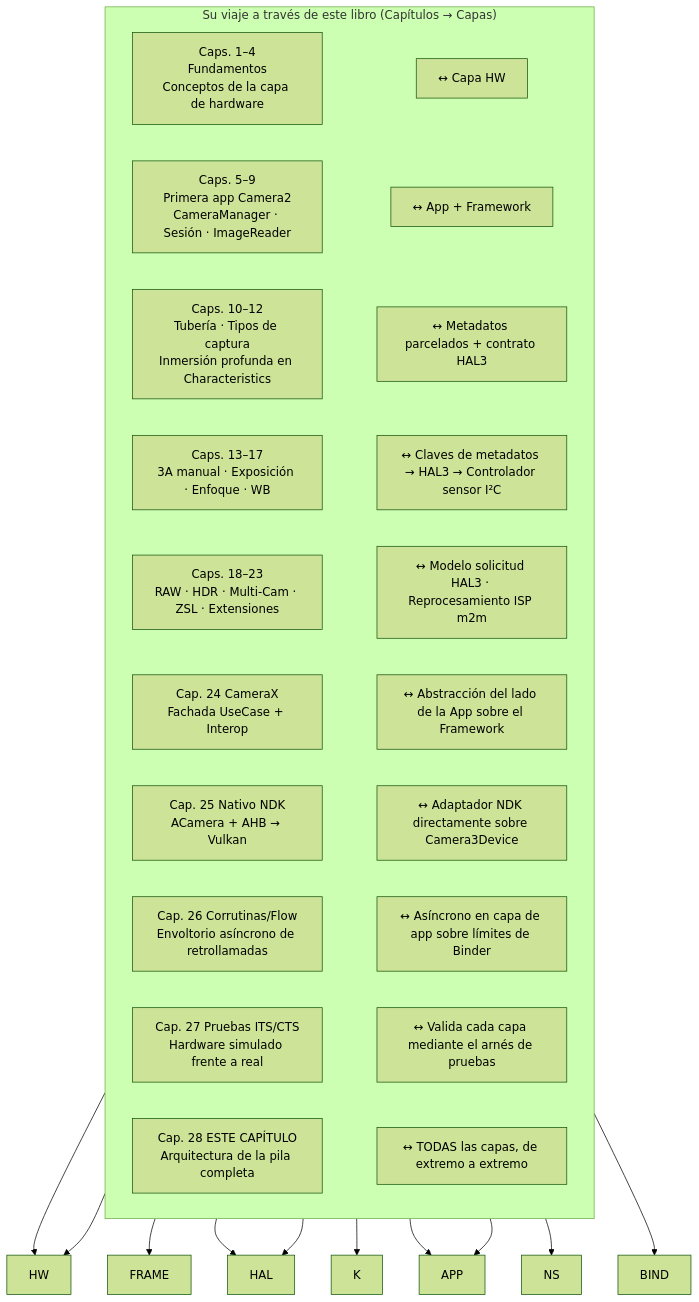
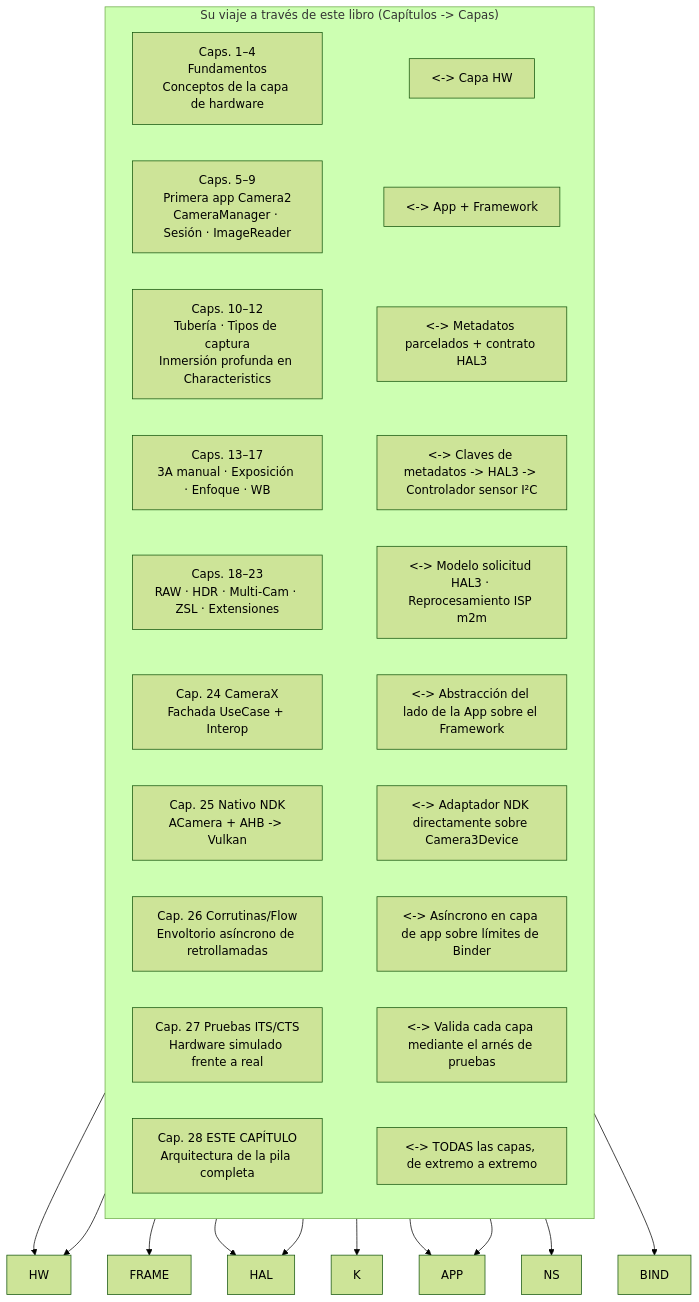
The fourth of 4 diagrams in website/i18n/es/docusaurus-plugin-content-docs/current/camera2/camera2-architecture.md (zoozooll/AndroidCameraParameters), drawn with Mermaid (forest theme) before and after one commit. The commit also changed 77 other files, not shown here.

First line of the commit message:
docs: standardize Mermaid syntax and polish 3A pipeline translations

````diff
--- a/website/i18n/es/docusaurus-plugin-content-docs/current/camera2/camera2-architecture.md
+++ b/website/i18n/es/docusaurus-plugin-content-docs/current/camera2/camera2-architecture.md
@@ -276,26 +276,26 @@
 ```mermaid
 flowchart TB
-    subgraph Journey["Su viaje a través de este libro (Capítulos → Capas)"]
+    subgraph Journey["Su viaje a través de este libro (Capítulos -> Capas)"]
         direction LR
-        C1["Caps. 1–4<br/>Fundamentos<br/>Conceptos de la capa de hardware"] ~~~ H_L1["↔ Capa HW"]
-        C2["Caps. 5–9<br/>Primera app Camera2<br/>CameraManager · Sesión · ImageReader"] ~~~ H_L2["↔ App + Framework"]
-        C3["Caps. 10–12<br/>Tubería · Tipos de captura<br/>Inmersión profunda en Characteristics"] ~~~ H_L3["↔ Metadatos parcelados + contrato HAL3"]
-        C4["Caps. 13–17<br/>3A manual · Exposición · Enfoque · WB"] ~~~ H_L4["↔ Claves de metadatos → HAL3 → Controlador sensor I²C"]
-        C5["Caps. 18–23<br/>RAW · HDR · Multi-Cam · ZSL · Extensiones"] ~~~ H_L5["↔ Modelo solicitud HAL3 · Reprocesamiento ISP m2m"]
-        C6["Cap. 24 CameraX<br/>Fachada UseCase + Interop"] ~~~ H_L6["↔ Abstracción del lado de la App sobre el Framework"]
-        C7["Cap. 25 Nativo NDK<br/>ACamera + AHB → Vulkan"] ~~~ H_L7["↔ Adaptador NDK directamente sobre Camera3Device"]
-        C8["Cap. 26 Corrutinas/Flow<br/>Envoltorio asíncrono de retrollamadas"] ~~~ H_L8["↔ Asíncrono en capa de app sobre límites de Binder"]
-        C9["Cap. 27 Pruebas ITS/CTS<br/>Hardware simulado frente a real"] ~~~ H_L9["↔ Valida cada capa mediante el arnés de pruebas"]
-        C10["Cap. 28 ESTE CAPÍTULO<br/>Arquitectura de la pila completa"] ~~~ H_L10["↔ TODAS las capas, de extremo a extremo"]
+        C1["Caps. 1–4<br/>Fundamentos<br/>Conceptos de la capa de hardware"] ~~~ H_L1["<-> Capa HW"]
+        C2["Caps. 5–9<br/>Primera app Camera2<br/>CameraManager · Sesión · ImageReader"] ~~~ H_L2["<-> App + Framework"]
+        C3["Caps. 10–12<br/>Tubería · Tipos de captura<br/>Inmersión profunda en Characteristics"] ~~~ H_L3["<-> Metadatos parcelados + contrato HAL3"]
+        C4["Caps. 13–17<br/>3A manual · Exposición · Enfoque · WB"] ~~~ H_L4["<-> Claves de metadatos -> HAL3 -> Controlador sensor I²C"]
+        C5["Caps. 18–23<br/>RAW · HDR · Multi-Cam · ZSL · Extensiones"] ~~~ H_L5["<-> Modelo solicitud HAL3 · Reprocesamiento ISP m2m"]
+        C6["Cap. 24 CameraX<br/>Fachada UseCase + Interop"] ~~~ H_L6["<-> Abstracción del lado de la App sobre el Framework"]
+        C7["Cap. 25 Nativo NDK<br/>ACamera + AHB -> Vulkan"] ~~~ H_L7["<-> Adaptador NDK directamente sobre Camera3Device"]
+        C8["Cap. 26 Corrutinas/Flow<br/>Envoltorio asíncrono de retrollamadas"] ~~~ H_L8["<-> Asíncrono en capa de app sobre límites de Binder"]
+        C9["Cap. 27 Pruebas ITS/CTS<br/>Hardware simulado frente a real"] ~~~ H_L9["<-> Valida cada capa mediante el arnés de pruebas"]
+        C10["Cap. 28 ESTE CAPÍTULO<br/>Arquitectura de la pila completa"] ~~~ H_L10["<-> TODAS las capas, de extremo a extremo"]
     end
     H_L1 --> HW
     H_L2 --> FRAME
     H_L3 --> HAL
     H_L4 --> K
     H_L5 --> HAL
     H_L6 --> APP
     H_L7 --> NS
     H_L8 --> APP
     H_L9 --> BIND
     H_L10 --> HW
 ```
````
